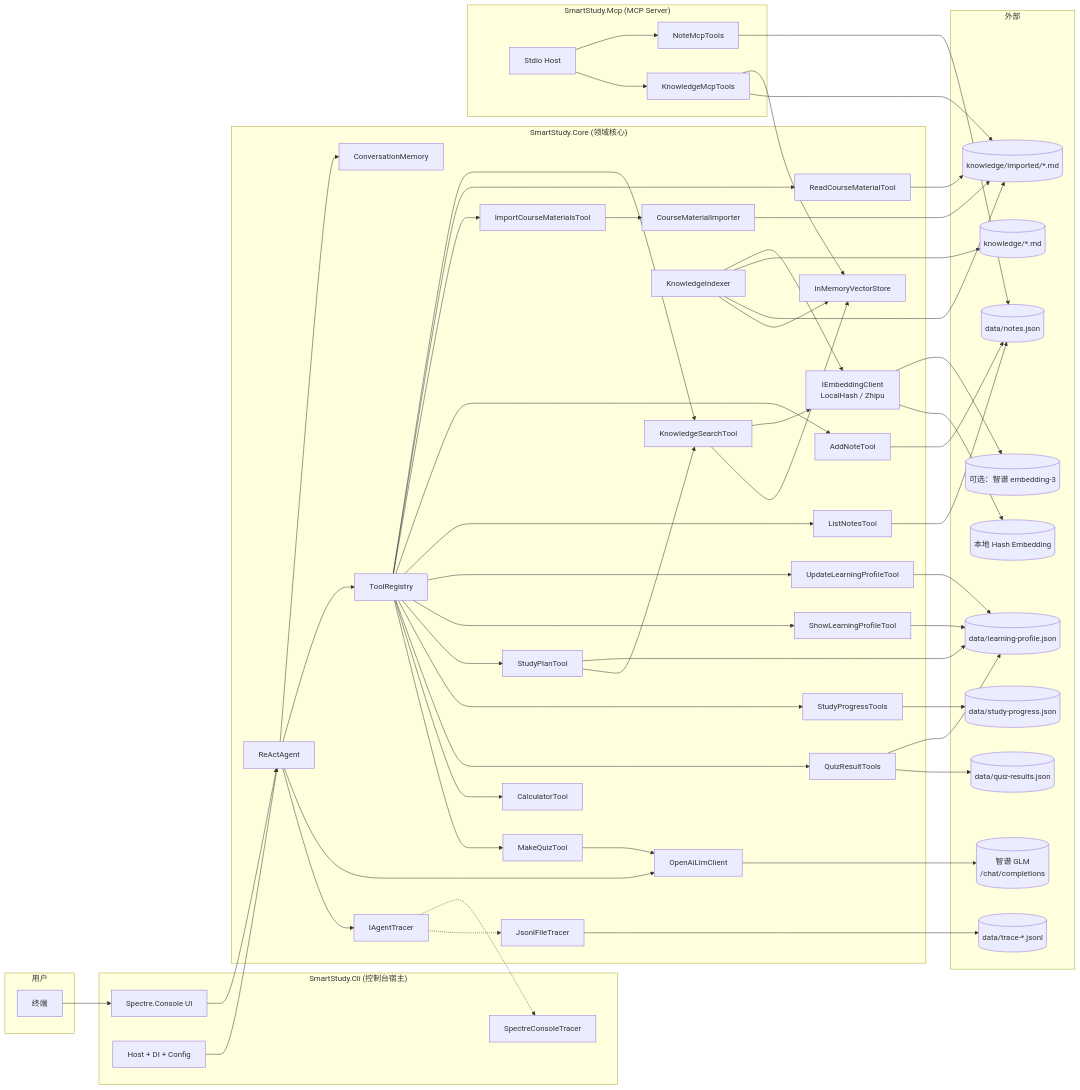
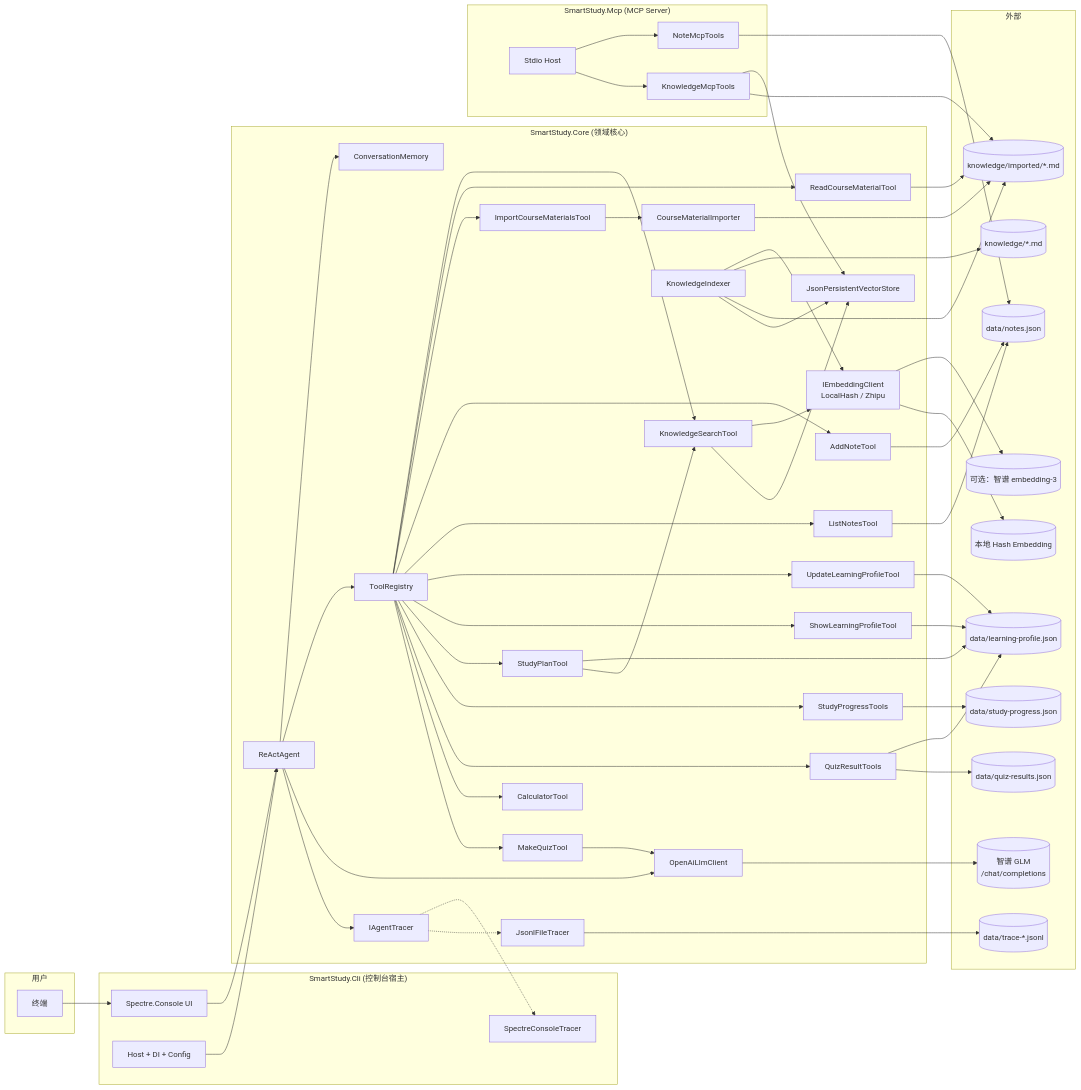
The first of 3 diagrams in docs/architecture.md (magicianaa/dotnet_final_work), drawn with Mermaid before and after one commit. The commit also changed other lines of this file and 10 other files, not shown here.

````diff
--- a/docs/architecture.md
+++ b/docs/architecture.md
@@ -9,81 +9,81 @@
 ```mermaid
 flowchart LR
     subgraph User["用户"]
         U[终端]
     end
     subgraph CLI["SmartStudy.Cli (控制台宿主)"]
         UI[Spectre.Console UI]
         DI[Host + DI + Config]
         Tracer1[SpectreConsoleTracer]
     end
     subgraph Core["SmartStudy.Core (领域核心)"]
         Agent[ReActAgent]
         Mem[ConversationMemory]
         Reg[ToolRegistry]
         T1[KnowledgeSearchTool]
         T2[ReadCourseMaterialTool]
         T3[ImportCourseMaterialsTool]
         T4[AddNoteTool]
         T5[ListNotesTool]
         T6[UpdateLearningProfileTool]
         T7[ShowLearningProfileTool]
         T8[StudyPlanTool]
         T9[StudyProgressTools]
         T10[QuizResultTools]
         T11[CalculatorTool]
         T12[MakeQuizTool]
         LLM[OpenAiLlmClient]
         Emb[IEmbeddingClient\nLocalHash / Zhipu]
-        VS[InMemoryVectorStore]
+        VS[JsonPersistentVectorStore]
         Idx[KnowledgeIndexer]
         Importer[CourseMaterialImporter]
         TraceI[IAgentTracer]
         FileT[JsonlFileTracer]
     end
     subgraph MCP["SmartStudy.Mcp (MCP Server)"]
         McpHost[Stdio Host]
         NoteMcp[NoteMcpTools]
         KnowledgeMcp[KnowledgeMcpTools]
     end
     subgraph External["外部"]
         ZhipuLLM[(智谱 GLM \n /chat/completions)]
         ZhipuEmb[(可选：智谱 embedding-3)]
         LocalEmb[(本地 Hash Embedding)]
         KB[(knowledge/*.md)]
         Imported[(knowledge/imported/*.md)]
         Notes[(data/notes.json)]
         Profile[(data/learning-profile.json)]
         Progress[(data/study-progress.json)]
         QuizResults[(data/quiz-results.json)]
         TraceFile[(data/trace-*.jsonl)]
     end
 
     U --> UI --> Agent
     DI --> Agent
     Agent --> Mem
     Agent --> Reg
     Reg --> T1 & T2 & T3 & T4 & T5 & T6 & T7 & T8 & T9 & T10 & T11 & T12
     Agent --> LLM --> ZhipuLLM
     T1 --> Emb
     Emb --> ZhipuEmb
     Emb --> LocalEmb
     T1 --> VS
     T2 --> Imported
     T3 --> Importer --> Imported
     Idx --> Emb
     Idx --> KB
     Idx --> Imported
     Idx --> VS
     T4 & T5 --> Notes
     T6 & T7 & T8 & T10 --> Profile
     T9 --> Progress
     T10 --> QuizResults
     T8 --> T1
     T12 --> LLM
     Agent --> TraceI
     TraceI -.-> Tracer1
     TraceI -.-> FileT --> TraceFile
     McpHost --> NoteMcp --> Notes
     McpHost --> KnowledgeMcp --> VS
     KnowledgeMcp --> Imported
 ```
````
